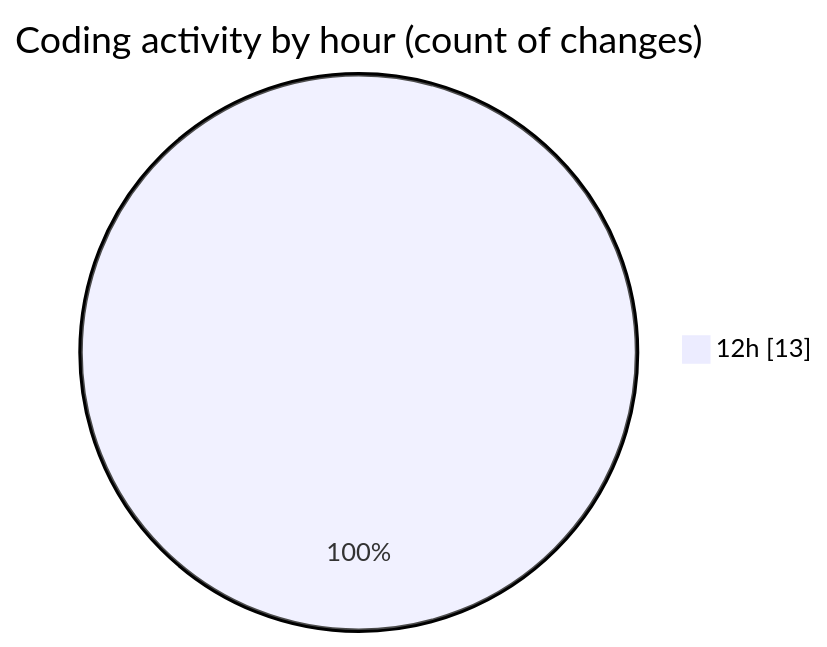
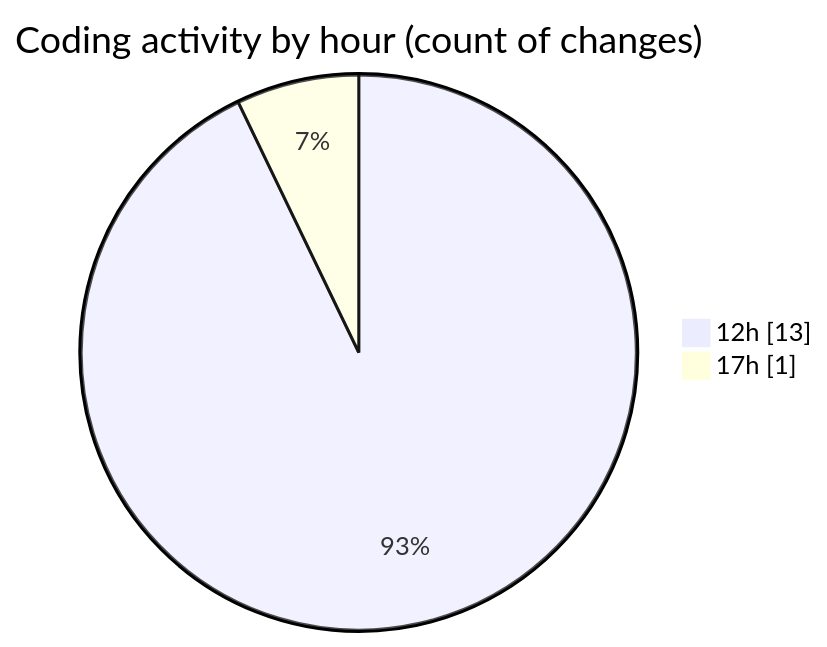
Before and after one commit to ricardozamudiocil/code-tracking: the second of 2 diagrams in 2026-02-25/cilapp/README.md, drawn with Mermaid. The commit also changed other lines of this file and 1 other file, not shown here.

````diff
--- a/2026-02-25/cilapp/README.md
+++ b/2026-02-25/cilapp/README.md
@@ -33,5 +35,6 @@
 ```mermaid
 pie showData
 title Coding activity by hour (count of changes)
 "12h" : 13
+"17h" : 1
 ```
````
